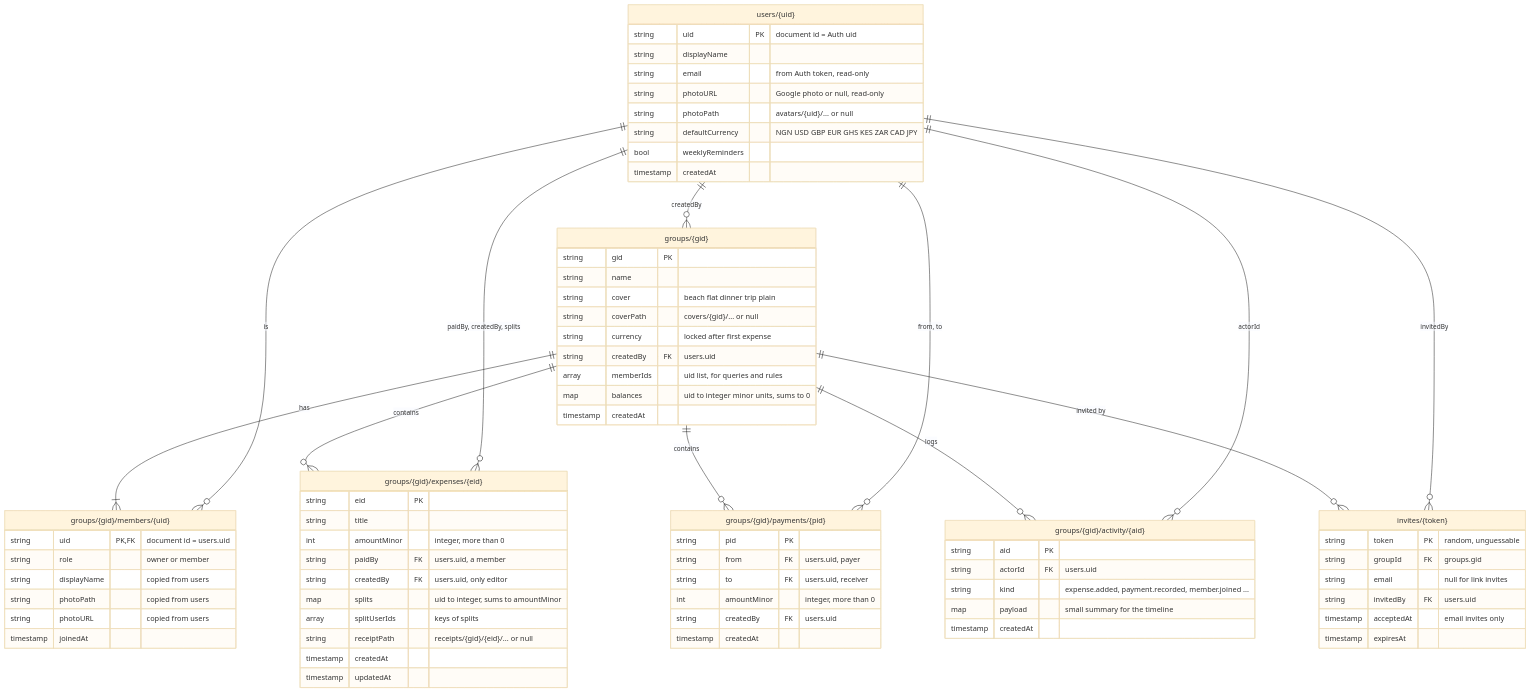
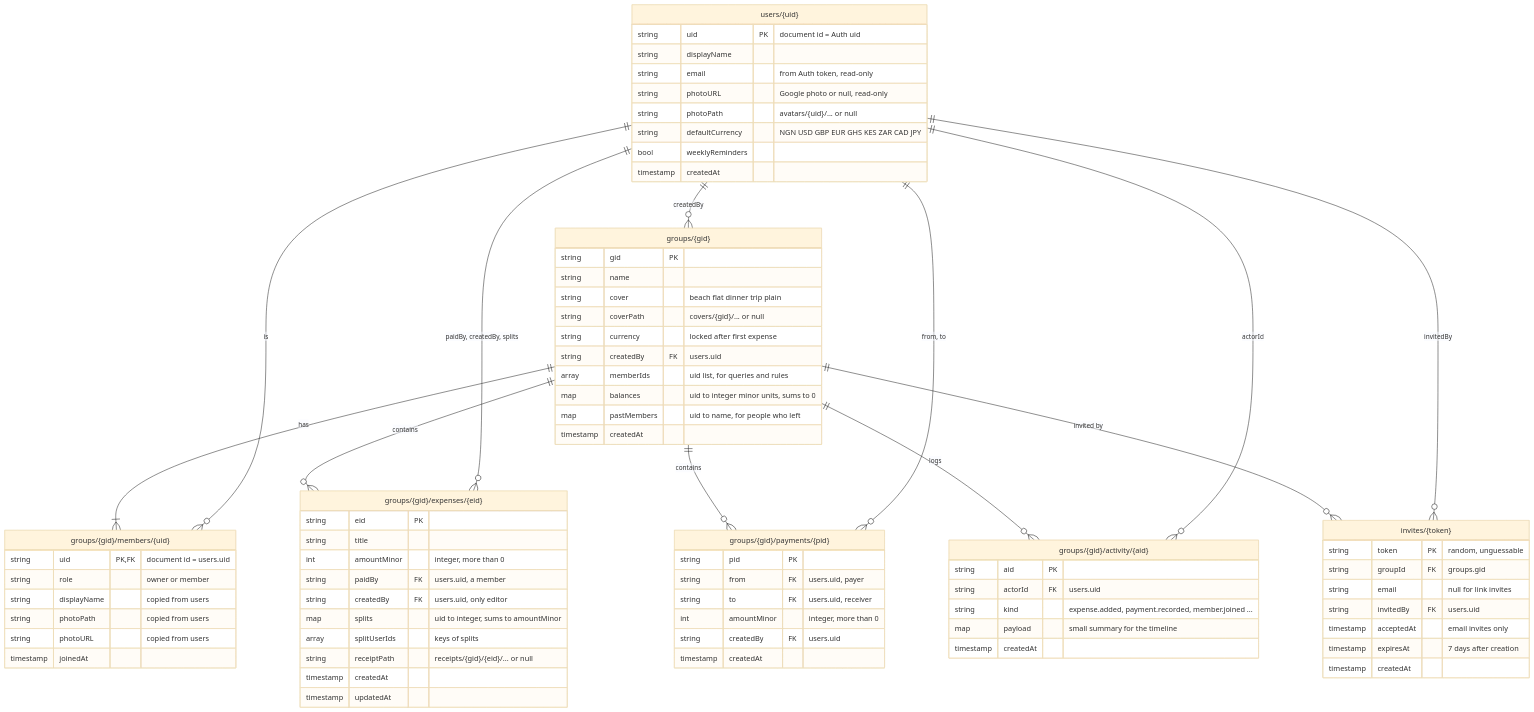
Before and after one commit to Ishurrla/SplitIt: the diagram in docs/data-model.mmd, drawn with Mermaid (base theme). The commit also changed 44 other files, not shown here.

First line of the commit message:
feat: groups, invites and join flow

```diff
--- a/docs/data-model.mmd
+++ b/docs/data-model.mmd
@@ -1,85 +1,87 @@
 %% SplitIt Firestore data model. Source for docs/data-model.png (pnpm diagram) and docs/data-model.md.
 %% Money fields are integers in the currency's smallest unit (kobo, cents, pence, yen).
 erDiagram
   users["users/{uid}"] {
     string uid PK "document id = Auth uid"
     string displayName
     string email "from Auth token, read-only"
     string photoURL "Google photo or null, read-only"
     string photoPath "avatars/{uid}/... or null"
     string defaultCurrency "NGN USD GBP EUR GHS KES ZAR CAD JPY"
     bool weeklyReminders
     timestamp createdAt
   }
 
   groups["groups/{gid}"] {
     string gid PK
     string name
     string cover "beach flat dinner trip plain"
     string coverPath "covers/{gid}/... or null"
     string currency "locked after first expense"
     string createdBy FK "users.uid"
     array memberIds "uid list, for queries and rules"
     map balances "uid to integer minor units, sums to 0"
+    map pastMembers "uid to name, for people who left"
     timestamp createdAt
   }
 
   members["groups/{gid}/members/{uid}"] {
     string uid PK, FK "document id = users.uid"
     string role "owner or member"
     string displayName "copied from users"
     string photoPath "copied from users"
     string photoURL "copied from users"
     timestamp joinedAt
   }
 
   expenses["groups/{gid}/expenses/{eid}"] {
     string eid PK
     string title
     int amountMinor "integer, more than 0"
     string paidBy FK "users.uid, a member"
     string createdBy FK "users.uid, only editor"
     map splits "uid to integer, sums to amountMinor"
     array splitUserIds "keys of splits"
     string receiptPath "receipts/{gid}/{eid}/... or null"
     timestamp createdAt
     timestamp updatedAt
   }
 
   payments["groups/{gid}/payments/{pid}"] {
     string pid PK
     string from FK "users.uid, payer"
     string to FK "users.uid, receiver"
     int amountMinor "integer, more than 0"
     string createdBy FK "users.uid"
     timestamp createdAt
   }
 
   activity["groups/{gid}/activity/{aid}"] {
     string aid PK
     string actorId FK "users.uid"
     string kind "expense.added, payment.recorded, member.joined ..."
     map payload "small summary for the timeline"
     timestamp createdAt
   }
 
   invites["invites/{token}"] {
     string token PK "random, unguessable"
     string groupId FK "groups.gid"
     string email "null for link invites"
     string invitedBy FK "users.uid"
     timestamp acceptedAt "email invites only"
-    timestamp expiresAt
+    timestamp expiresAt "7 days after creation"
+    timestamp createdAt
   }
 
   groups ||--|{ members : "has"
   groups ||--o{ expenses : "contains"
   groups ||--o{ payments : "contains"
   groups ||--o{ activity : "logs"
   groups ||--o{ invites : "invited by"
   users ||--o{ members : "is"
   users ||--o{ groups : "createdBy"
   users ||--o{ expenses : "paidBy, createdBy, splits"
   users ||--o{ payments : "from, to"
   users ||--o{ activity : "actorId"
   users ||--o{ invites : "invitedBy"
```
